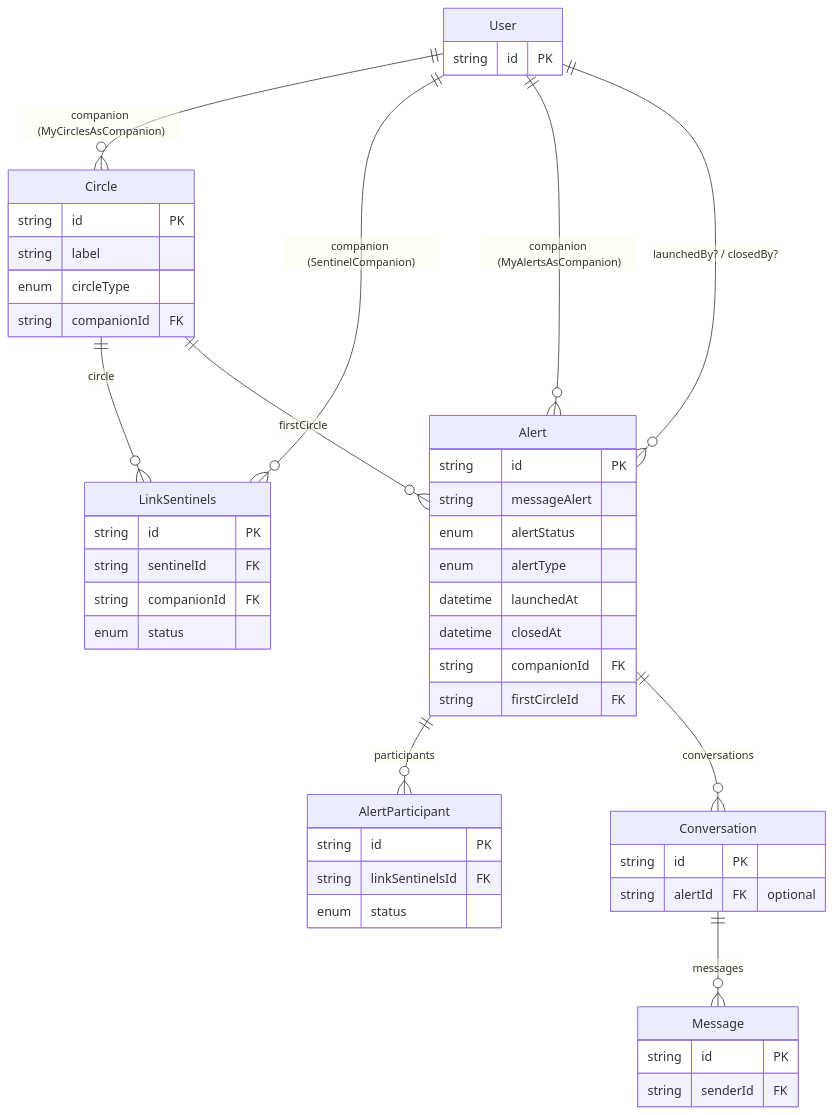
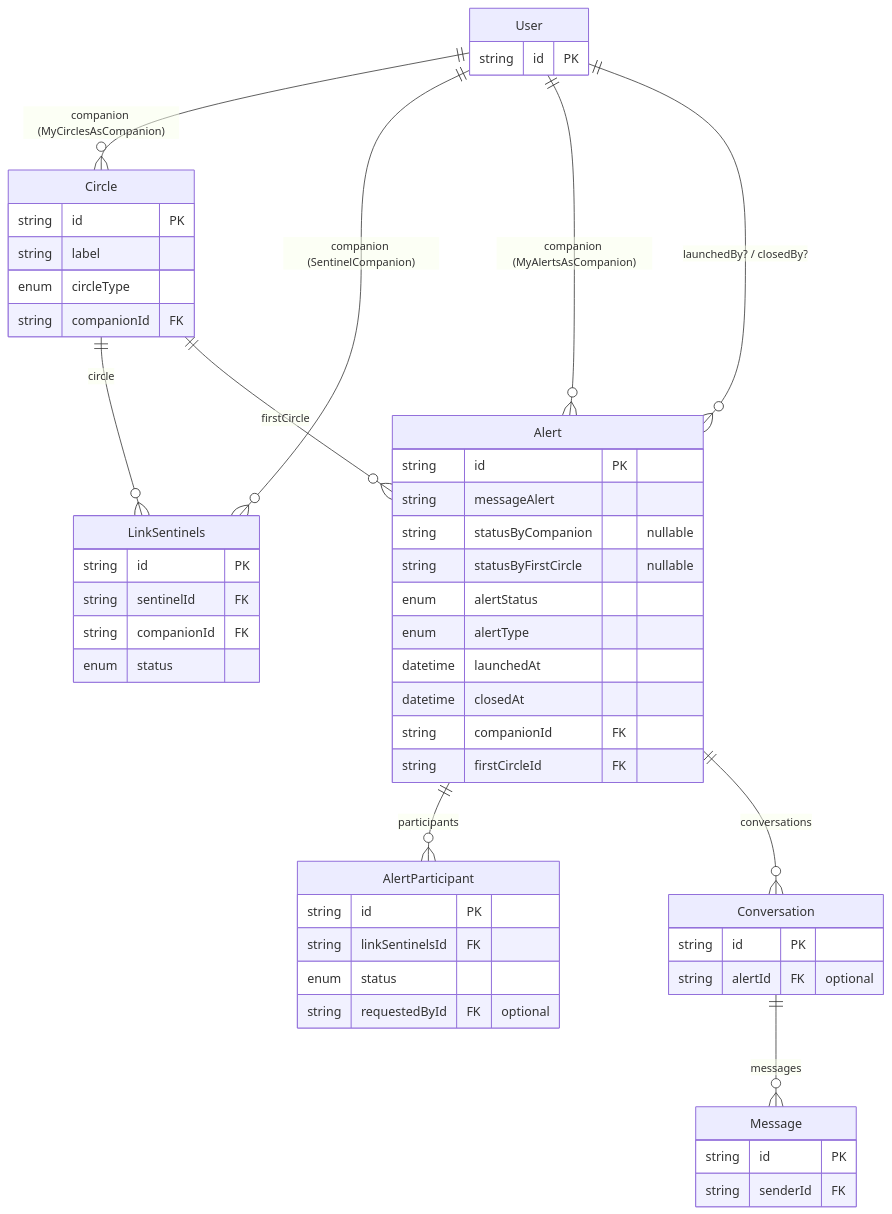
Before and after one commit to Sylvfo/MySentinelCircle: the third of 5 diagrams in backend/prisma/DB_schema.md, drawn with Mermaid. The commit also changed other lines of this file and 18 other files, not shown here.

````diff
--- a/backend/prisma/DB_schema.md
+++ b/backend/prisma/DB_schema.md
@@ -179,51 +190,54 @@
 ```mermaid
 erDiagram
   User          ||--o{ Circle             : "companion (MyCirclesAsCompanion)"
   User          ||--o{ LinkSentinels      : "companion (SentinelCompanion)"
   User          ||--o{ Alert              : "companion (MyAlertsAsCompanion)"
   User          ||--o{ Alert              : "launchedBy? / closedBy?"
   Circle        ||--o{ LinkSentinels      : "circle"
   Circle        ||--o{ Alert              : "firstCircle"
   Alert         ||--o{ AlertParticipant   : "participants"
   Alert         ||--o{ Conversation       : "conversations"
   Conversation  ||--o{ Message            : "messages"
 
   User {
     string id PK
   }
   Circle {
     string id PK
     string label
     enum   circleType
     string companionId FK
   }
   LinkSentinels {
     string id PK
     string sentinelId FK
     string companionId FK
     enum   status
   }
   Alert {
     string id PK
     string messageAlert
+    string statusByCompanion "nullable"
+    string statusByFirstCircle "nullable"
     enum   alertStatus
     enum   alertType
     datetime launchedAt
     datetime closedAt
     string companionId FK
     string firstCircleId FK
   }
   AlertParticipant {
     string id PK
     string linkSentinelsId FK
     enum   status
+    string requestedById FK "optional"
   }
   Conversation {
     string id PK
     string alertId FK "optional"
   }
   Message {
     string id PK
     string senderId FK
   }
 ```
````
